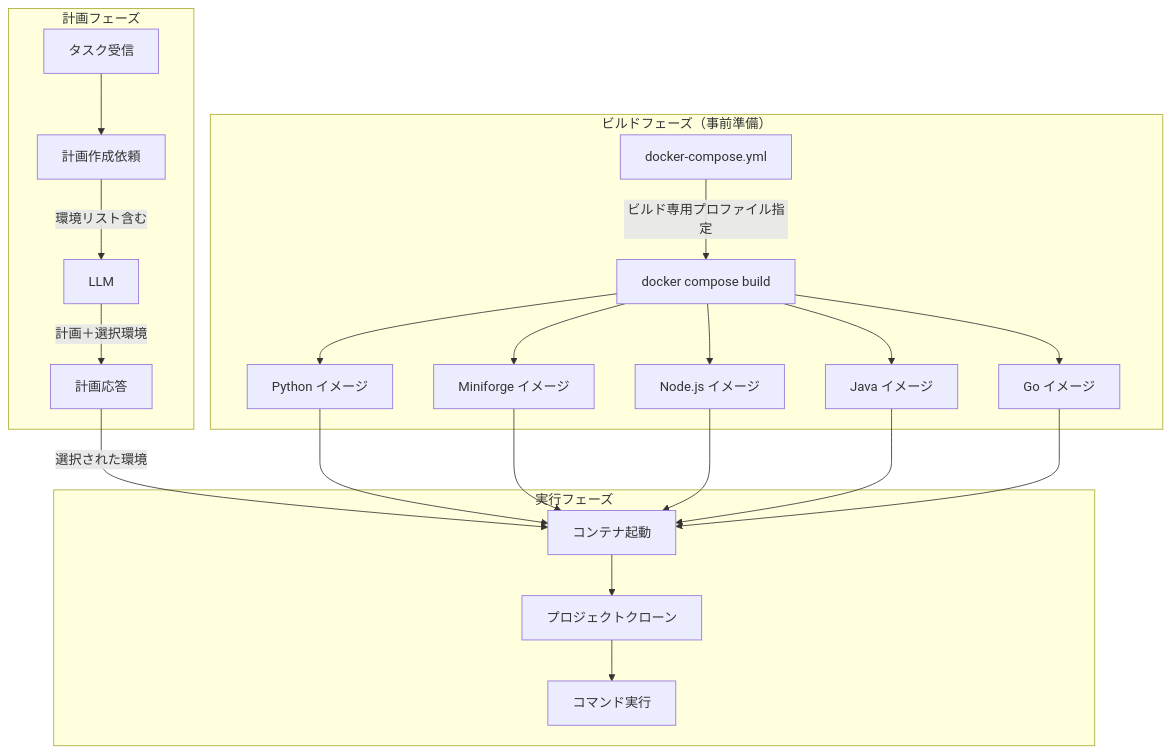
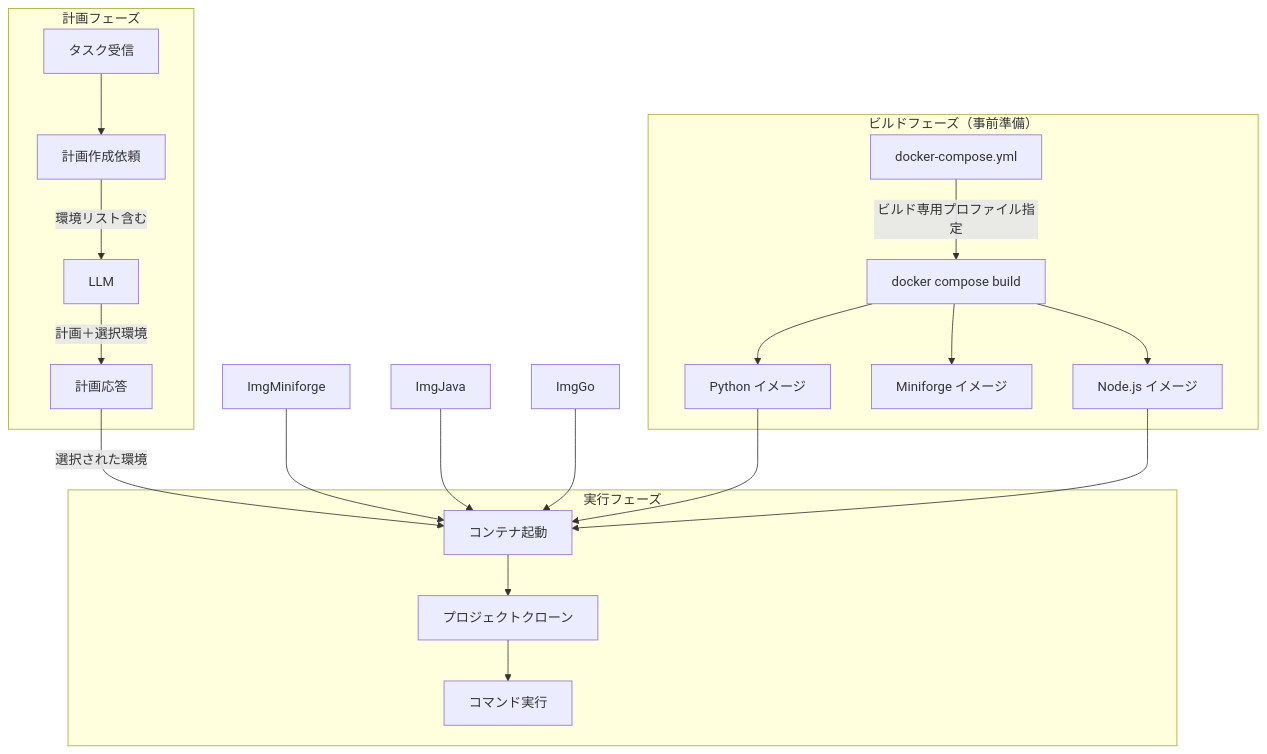
The first of 3 diagrams in docs/spec/MULTI_LANGUAGE_ENVIRONMENT_SPECIFICATION.md (notfolder/coding_agent), drawn with Mermaid before and after one commit. The commit also changed other lines of this file and 16 other files, not shown here.

````diff
--- a/docs/spec/MULTI_LANGUAGE_ENVIRONMENT_SPECIFICATION.md
+++ b/docs/spec/MULTI_LANGUAGE_ENVIRONMENT_SPECIFICATION.md
@@ -36,29 +36,27 @@
 ```mermaid
 flowchart TD
     subgraph BuildPhase[ビルドフェーズ（事前準備）]
         DC[docker-compose.yml] --> |ビルド専用プロファイル指定|Build[docker compose build]
         Build --> ImgPython[Python イメージ]
-        Build --> ImgMiniforge[Miniforge イメージ]
+        Build --> ImgConda[Miniforge イメージ]
         Build --> ImgNode[Node.js イメージ]
-        Build --> ImgJava[Java イメージ]
-        Build --> ImgGo[Go イメージ]
     end
     
     subgraph PlanningPhase[計画フェーズ]
         Task[タスク受信] --> Planning[計画作成依頼]
         Planning --> |環境リスト含む|LLM[LLM]
         LLM --> |計画＋選択環境|Response[計画応答]
     end
     
     subgraph ExecutionPhase[実行フェーズ]
         Response --> |選択された環境|Container[コンテナ起動]
         Container --> Clone[プロジェクトクローン]
         Clone --> Execute[コマンド実行]
     end
     
     ImgPython --> Container
     ImgMiniforge --> Container
     ImgNode --> Container
     ImgJava --> Container
     ImgGo --> Container
 ```
````
